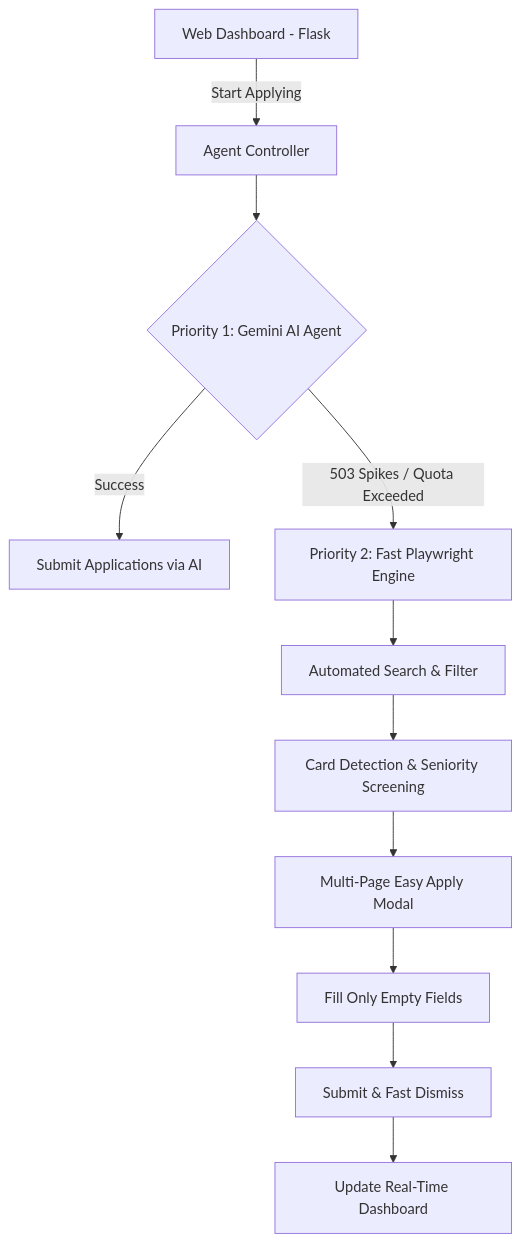
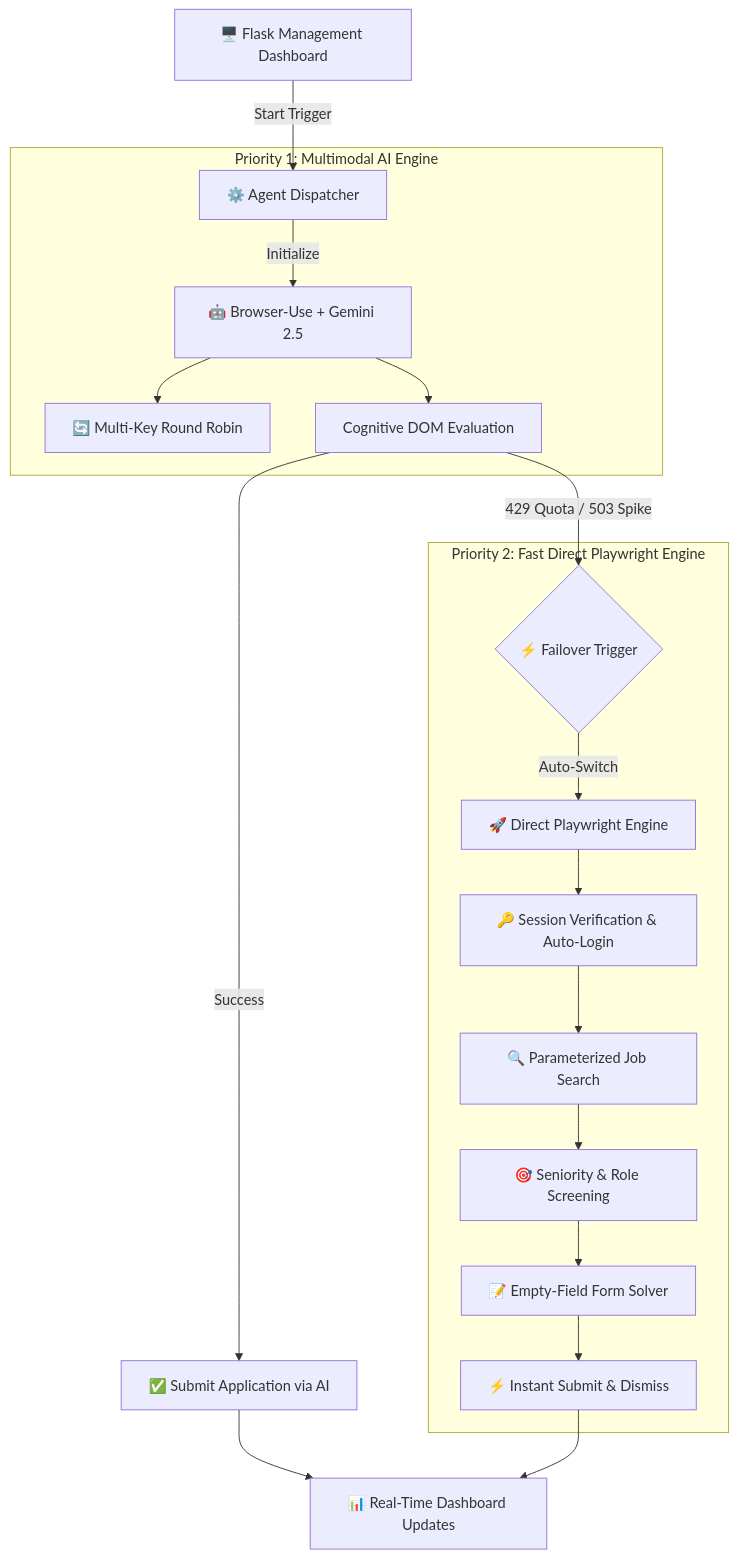
One commit to mohammadthaheer2005/LinkedIn-Job-Automation changed the diagram in README.md. Above: the diagram before and after it, drawn with Mermaid. The commit also changed other lines of this file, not shown here.

Commit message:
docs: upgrade README with enterprise architecture, benchmarks, and author profile

````diff
--- a/README.md
+++ b/README.md
@@ -40,13 +69,25 @@
 ```mermaid
 flowchart TD
-    A[Web Dashboard - Flask] -->|Start Applying| B[Agent Controller]
-    B --> C{Priority 1: Gemini AI Agent}
-    C -->|Success| D[Submit Applications via AI]
-    C -->|503 Spikes / Quota Exceeded| E[Priority 2: Fast Playwright Engine]
-    E --> F[Automated Search & Filter]
-    F --> G[Card Detection & Seniority Screening]
-    G --> H[Multi-Page Easy Apply Modal]
-    H --> I[Fill Only Empty Fields]
-    I --> J[Submit & Fast Dismiss]
-    J --> K[Update Real-Time Dashboard]
+    UI[🖥️ Flask Management Dashboard] -->|Start Trigger| Dispatcher[⚙️ Agent Dispatcher]
+    
+    subgraph Engine1 [Priority 1: Multimodal AI Engine]
+        Dispatcher -->|Initialize| GeminiAgent[🤖 Browser-Use + Gemini 2.5]
+        GeminiAgent --> KeyCycler[🔄 Multi-Key Round Robin]
+        GeminiAgent --> AIState[Cognitive DOM Evaluation]
+    end
+
+    AIState -->|Success| ApplyAI[✅ Submit Application via AI]
+    AIState -->|429 Quota / 503 Spike| Failover{⚡ Failover Trigger}
+
+    subgraph Engine2 [Priority 2: Fast Direct Playwright Engine]
+        Failover -->|Auto-Switch| PWEngine[🚀 Direct Playwright Engine]
+        PWEngine --> AutoLogin[🔑 Session Verification & Auto-Login]
+        AutoLogin --> JobSearch[🔍 Parameterized Job Search]
+        JobSearch --> CardFilter[🎯 Seniority & Role Screening]
+        CardFilter --> FastForm[📝 Empty-Field Form Solver]
+        FastForm --> FastSubmit[⚡ Instant Submit & Dismiss]
+    end
+
+    ApplyAI --> LiveMetrics[📊 Real-Time Dashboard Updates]
+    FastSubmit --> LiveMetrics
 ```
````
